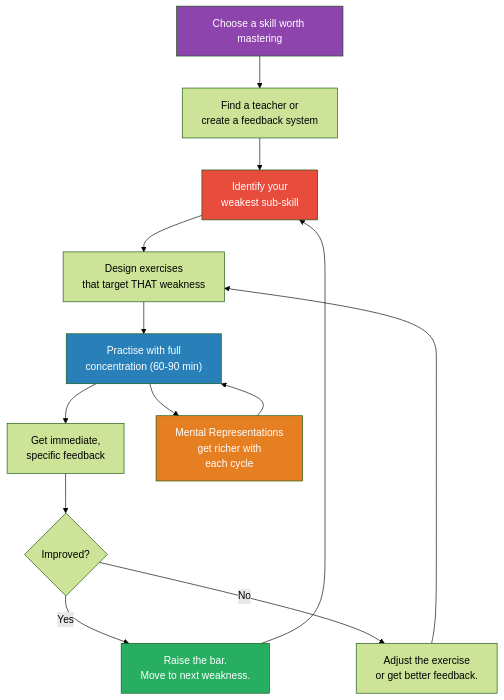
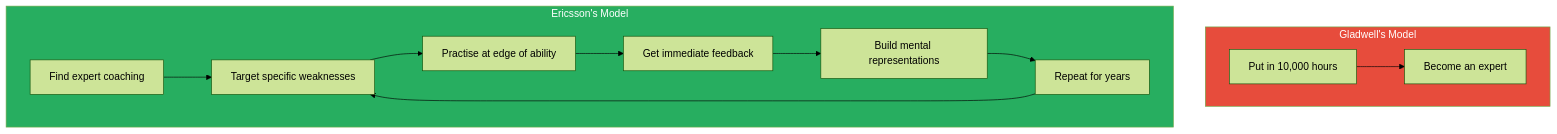
One commit to alius33/reader changed the fifth of 6 diagrams in summaries/Mindset & Self-Mastery/Peak - Anders Ericsson.md. Above: the diagram before and after it, drawn with Mermaid (forest theme). The commit also changed other lines of this file and 272 other files, not shown here.

````diff
--- a/summaries/Mindset & Self-Mastery/Peak - Anders Ericsson.md
+++ b/summaries/Mindset & Self-Mastery/Peak - Anders Ericsson.md
@@ -774,22 +832,16 @@
 ```mermaid
 flowchart TD
-    START["Choose a skill worth mastering"] --> TEACHER["Find a teacher or\ncreate a feedback system"]
-    TEACHER --> WEAK["Identify your\nweakest sub-skill"]
-    WEAK --> DESIGN["Design exercises\nthat target THAT weakness"]
-    DESIGN --> PRACTICE["Practise with full\nconcentration (60-90 min)"]
-    PRACTICE --> FEEDBACK["Get immediate,\nspecific feedback"]
-    FEEDBACK --> IMPROVE{"Improved?"}
-    IMPROVE -->|Yes| RAISE["Raise the bar.\nMove to next weakness."]
-    IMPROVE -->|No| ADJUST["Adjust the exercise\nor get better feedback."]
-    RAISE --> WEAK
-    ADJUST --> DESIGN
-    
-    PRACTICE --> MR["Mental Representations\nget richer with\neach cycle"]
-    MR --> PRACTICE
-    
-    style START fill:#8e44ad,color:#fff
-    style WEAK fill:#e74c3c,color:#fff
-    style PRACTICE fill:#2980b9,color:#fff
-    style RAISE fill:#27ae60,color:#fff
-    style MR fill:#e67e22,color:#fff
+    subgraph GLADWELL ["Gladwell's Model"]
+        G1["Put in 10,000 hours"] --> G2["Become an expert"]
+    end
+    subgraph ERICSSON ["Ericsson's Model"]
+        E1["Find expert coaching"] --> E2["Target specific weaknesses"]
+        E2 --> E3["Practise at edge of ability"]
+        E3 --> E4["Get immediate feedback"]
+        E4 --> E5["Build mental representations"]
+        E5 --> E6["Repeat for years"]
+        E6 --> E2
+    end
+    style GLADWELL fill:#e74c3c,color:#fff
+    style ERICSSON fill:#27ae60,color:#fff
 ```
````
